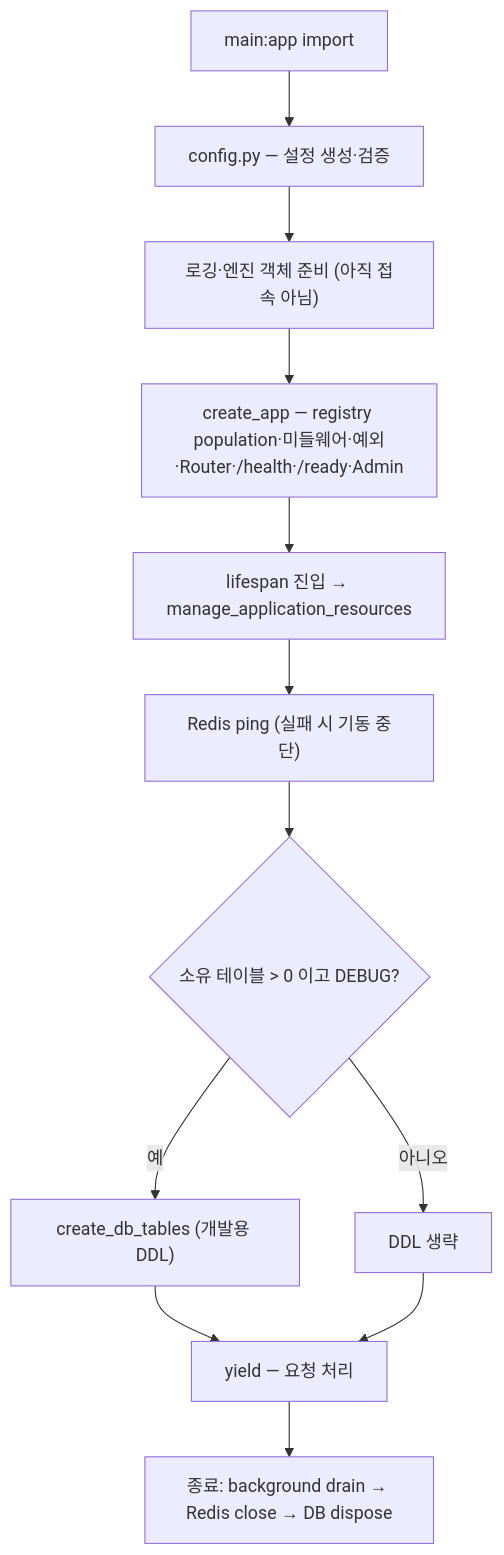
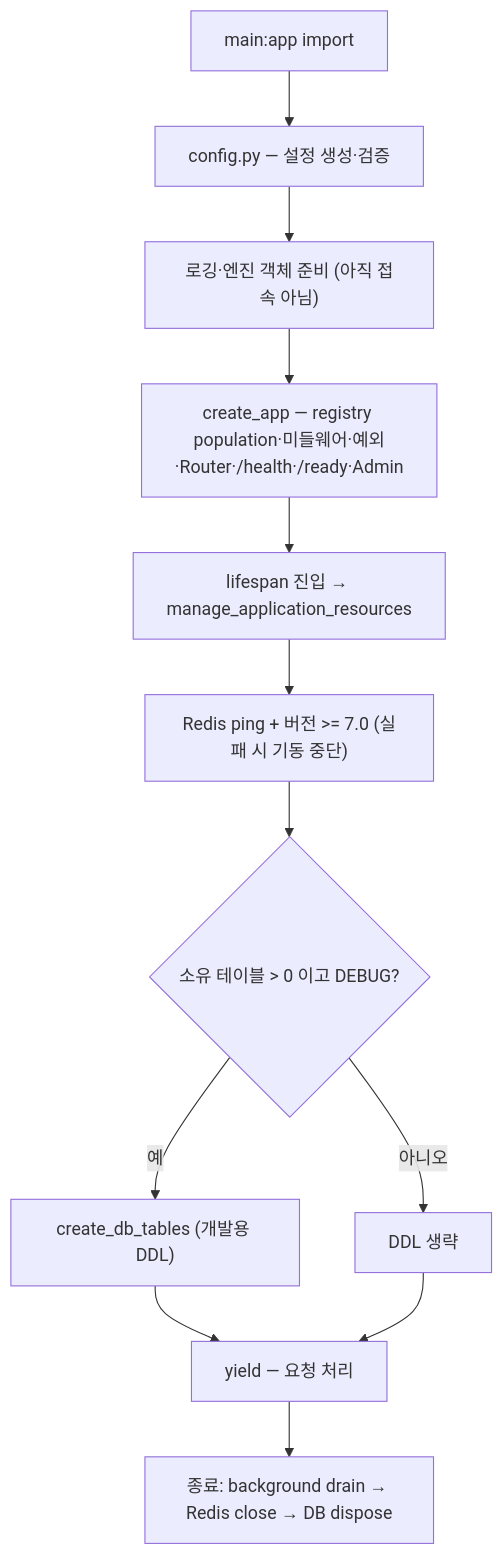
The first of 3 diagrams in docs/guides/ARCHITECTURE.md (bluebamus/fastapi-project-structure-django-passive-style), drawn with Mermaid before and after one commit. The commit also changed other lines of this file and 28 other files, not shown here.

````diff
--- a/docs/guides/ARCHITECTURE.md
+++ b/docs/guides/ARCHITECTURE.md
@@ -345,14 +345,14 @@
 ```mermaid
 flowchart TD
     A["main:app import"] --> B["config.py — 설정 생성·검증"]
     B --> C["로깅·엔진 객체 준비 (아직 접속 아님)"]
     C --> D["create_app — registry population·미들웨어·예외·Router·/health·/ready·Admin"]
     D --> E["lifespan 진입 → manage_application_resources"]
-    E --> F["Redis ping (실패 시 기동 중단)"]
+    E --> F["Redis ping + 버전 >= 7.0 (실패 시 기동 중단)"]
     F --> G{"소유 테이블 > 0 이고 DEBUG?"}
     G -- 예 --> H["create_db_tables (개발용 DDL)"]
     G -- 아니오 --> I["DDL 생략"]
     H --> J["yield — 요청 처리"]
     I --> J
     J --> K["종료: background drain → Redis close → DB dispose"]
 ```
````
